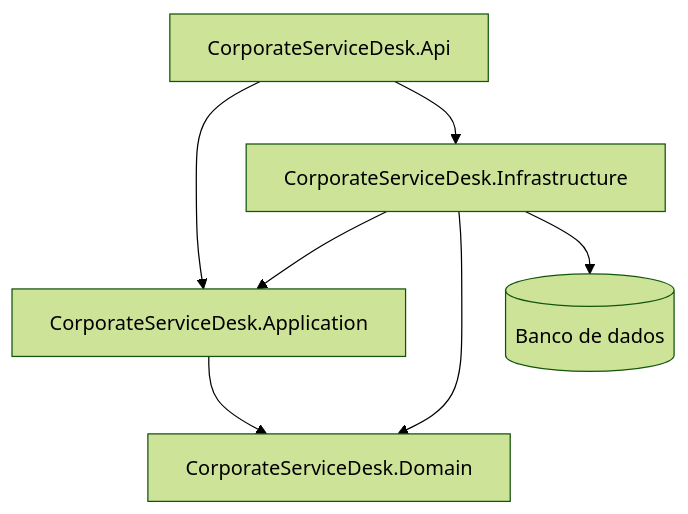
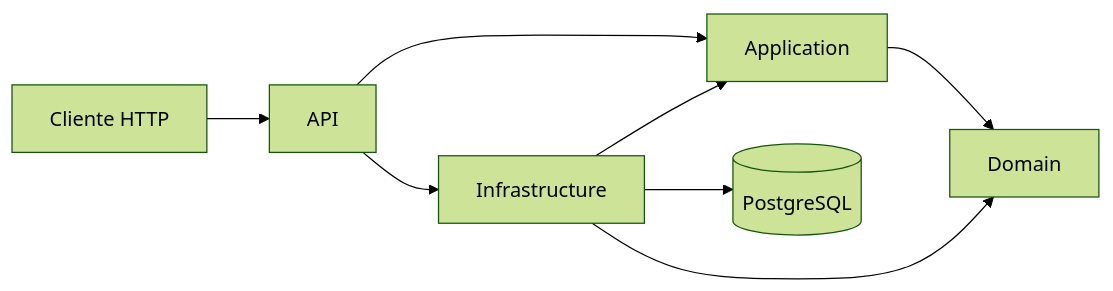
The first of 3 diagrams in README.md (Peterson-Benhame/CorporateServiceDesk), drawn with Mermaid (forest theme) before and after one commit. The commit also changed other lines of this file and 1 other file, not shown here.

````diff
--- a/README.md
+++ b/README.md
@@ -192,15 +166,10 @@
 ```mermaid
-flowchart TD
-    API[CorporateServiceDesk.Api]
-    APP[CorporateServiceDesk.Application]
-    DOMAIN[CorporateServiceDesk.Domain]
-    INFRA[CorporateServiceDesk.Infrastructure]
-    DB[(Banco de dados)]
-
-    API --> APP
-    API --> INFRA
+flowchart LR
+    Client[Cliente HTTP] --> API[API]
+    API --> APP[Application]
+    API --> INFRA[Infrastructure]
     INFRA --> APP
+    APP --> DOMAIN[Domain]
     INFRA --> DOMAIN
-    APP --> DOMAIN
-    INFRA --> DB
+    INFRA --> DB[(PostgreSQL)]
 ```
````
